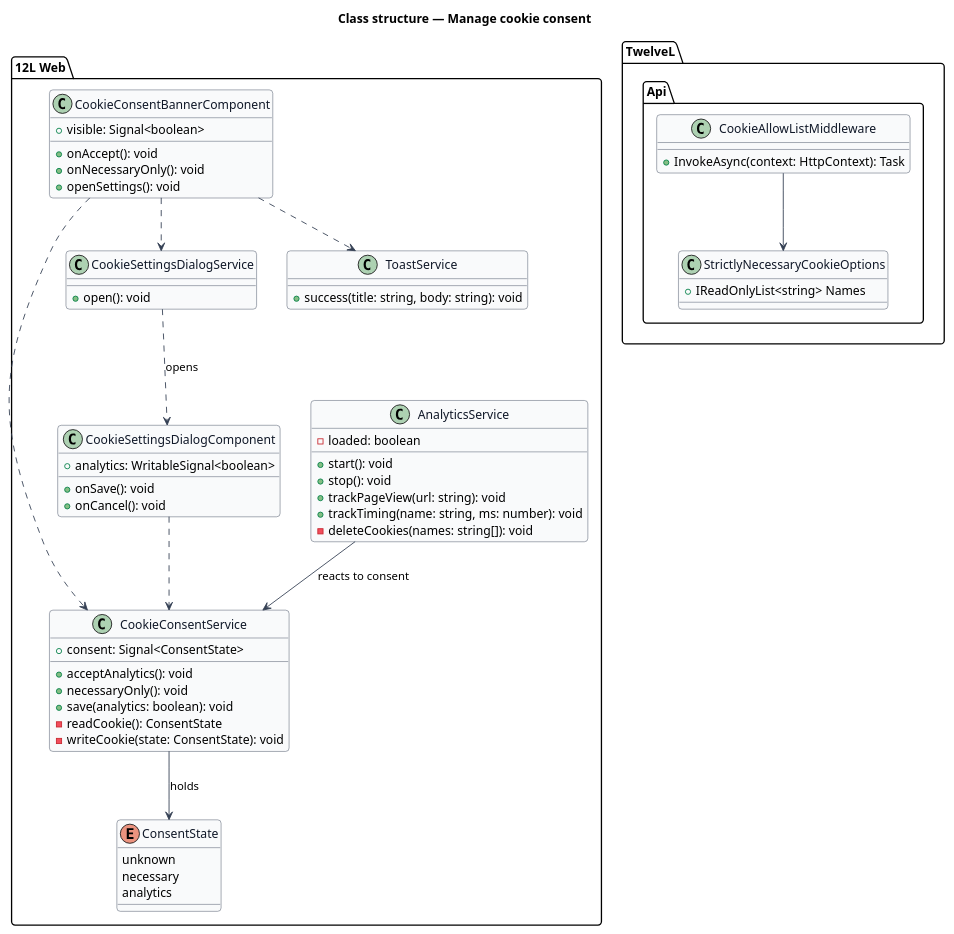
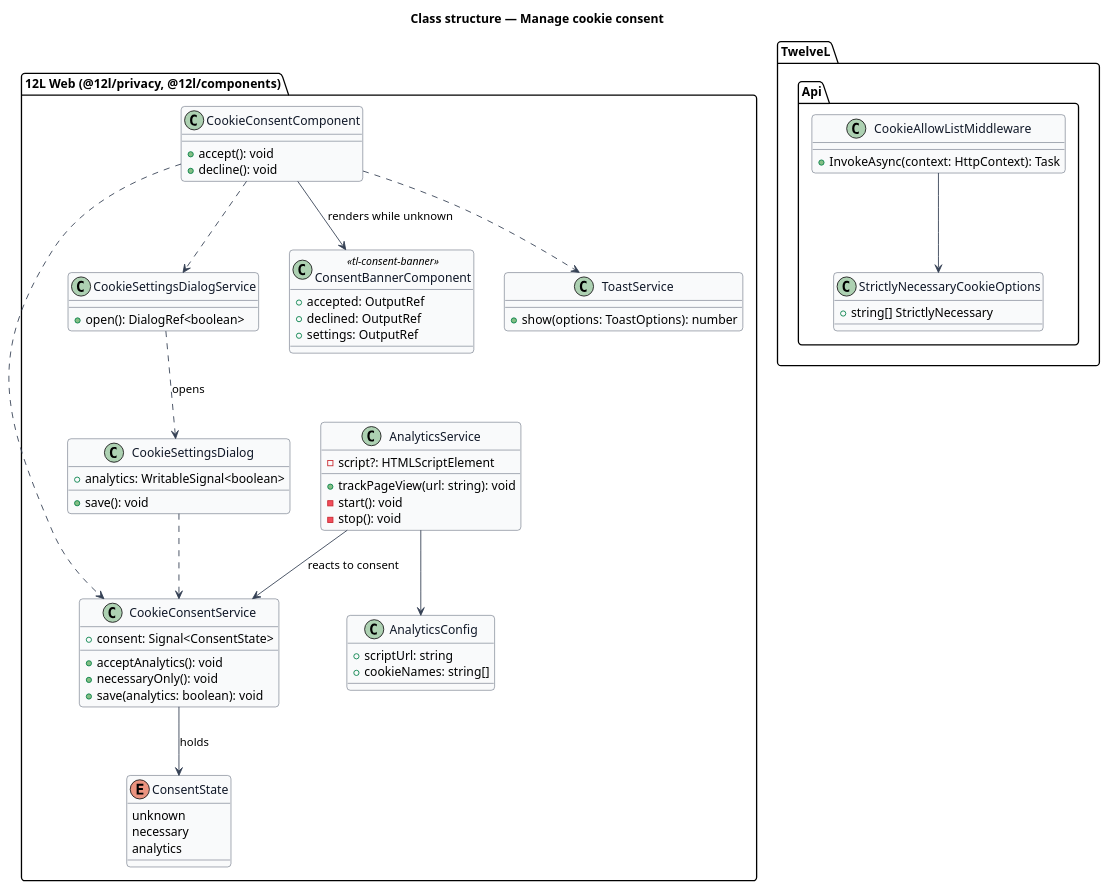
Before and after one commit to QuinntyneBrown/12l: the diagram in docs/detailed-designs/privacy/manage-cookie-consent/diagrams/class-structure.puml, drawn with PlantUML. The commit also changed 76 other files, not shown here.

Commit message:
Document manage-cookie-consent: design, ADR privacy/0001, L2-056, Consent banner, composition, estimates

```diff
--- a/docs/detailed-designs/privacy/manage-cookie-consent/diagrams/class-structure.puml
+++ b/docs/detailed-designs/privacy/manage-cookie-consent/diagrams/class-structure.puml
@@ -1,71 +1,75 @@
 @startuml
 skinparam backgroundColor #FFFFFF
 skinparam shadowing false
 skinparam roundcorner 8
 skinparam defaultFontName Arial
 skinparam ArrowColor #344054
 skinparam class {
   BorderColor #344054
   FontColor #101828
   BackgroundColor #F9FAFB
 }
 title Class structure — Manage cookie consent
 
-package "12L Web" {
+package "12L Web (@12l/privacy, @12l/components)" {
   enum ConsentState {
     unknown
     necessary
     analytics
   }
   class CookieConsentService {
     +consent: Signal<ConsentState>
     +acceptAnalytics(): void
     +necessaryOnly(): void
     +save(analytics: boolean): void
-    -readCookie(): ConsentState
-    -writeCookie(state: ConsentState): void
+  }
+  class AnalyticsConfig {
+    +scriptUrl: string
+    +cookieNames: string[]
   }
   class AnalyticsService {
-    -loaded: boolean
-    +start(): void
-    +stop(): void
+    -script?: HTMLScriptElement
     +trackPageView(url: string): void
-    +trackTiming(name: string, ms: number): void
-    -deleteCookies(names: string[]): void
+    -start(): void
+    -stop(): void
   }
-  class CookieConsentBannerComponent {
-    +visible: Signal<boolean>
-    +onAccept(): void
-    +onNecessaryOnly(): void
-    +openSettings(): void
+  class CookieConsentComponent {
+    +accept(): void
+    +decline(): void
   }
-  class CookieSettingsDialogComponent {
+  class CookieSettingsDialog {
     +analytics: WritableSignal<boolean>
-    +onSave(): void
-    +onCancel(): void
+    +save(): void
   }
   class CookieSettingsDialogService {
-    +open(): void
+    +open(): DialogRef<boolean>
+  }
+  class ConsentBannerComponent <<tl-consent-banner>> {
+    +accepted: OutputRef
+    +declined: OutputRef
+    +settings: OutputRef
   }
   class ToastService {
-    +success(title: string, body: string): void
+    +show(options: ToastOptions): number
   }
 }
 package "TwelveL.Api" {
   class StrictlyNecessaryCookieOptions {
-    +IReadOnlyList<string> Names
+    +string[] StrictlyNecessary
   }
   class CookieAllowListMiddleware {
     +InvokeAsync(context: HttpContext): Task
   }
 }
 
 CookieConsentService --> ConsentState : holds
 AnalyticsService --> CookieConsentService : reacts to consent
-CookieConsentBannerComponent ..> CookieConsentService
-CookieConsentBannerComponent ..> ToastService
-CookieConsentBannerComponent ..> CookieSettingsDialogService
-CookieSettingsDialogService ..> CookieSettingsDialogComponent : opens
-CookieSettingsDialogComponent ..> CookieConsentService
+AnalyticsService --> AnalyticsConfig
+CookieConsentComponent --> ConsentBannerComponent : renders while unknown
+CookieConsentComponent ..> CookieConsentService
+CookieConsentComponent ..> ToastService
+CookieConsentComponent ..> CookieSettingsDialogService
+CookieSettingsDialogService ..> CookieSettingsDialog : opens
+CookieSettingsDialog ..> CookieConsentService
 CookieAllowListMiddleware --> StrictlyNecessaryCookieOptions
 @enduml
```
